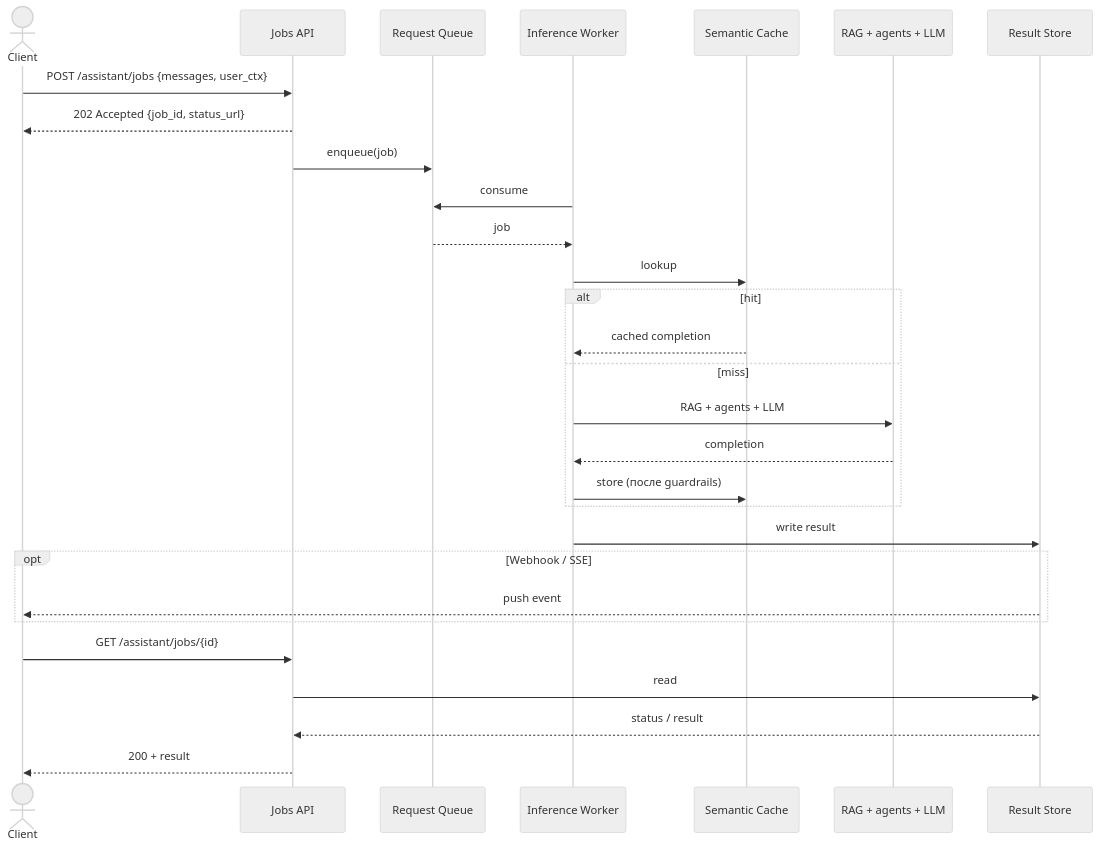
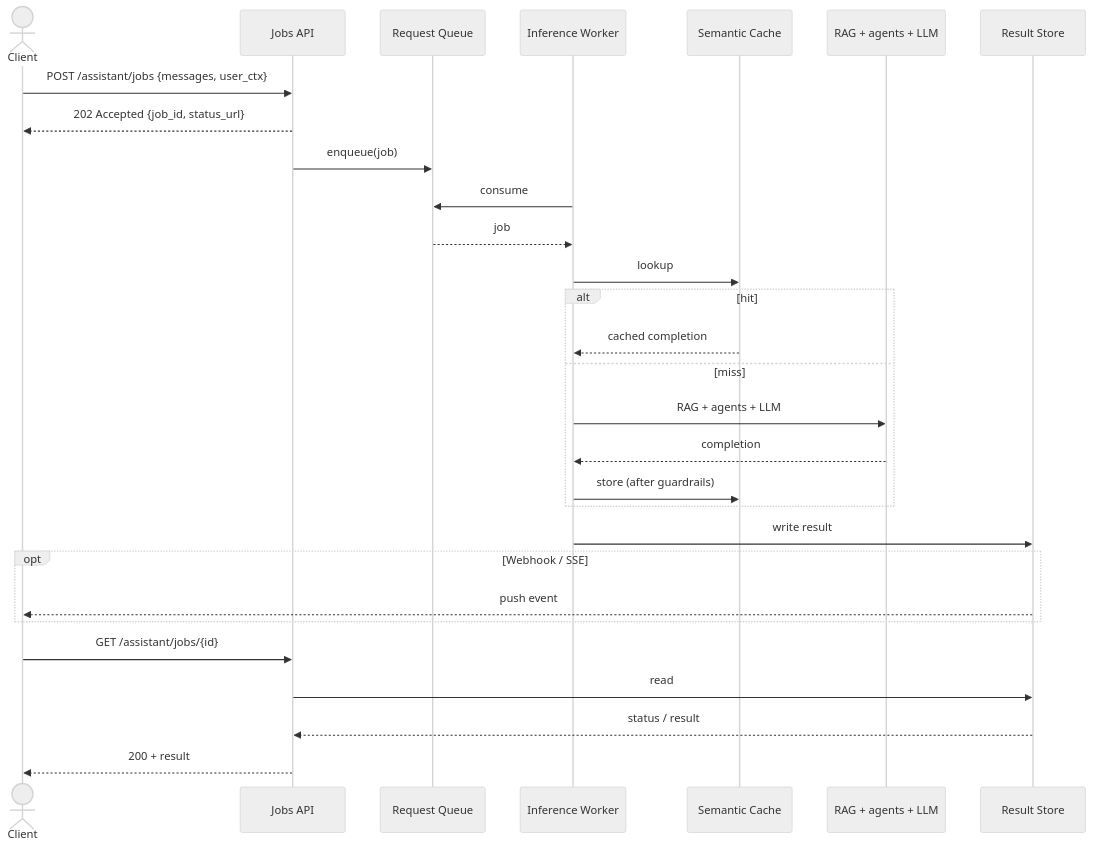
Before and after one commit to YuesIt17/yuit-docs-ai-architect: the third of 7 diagrams in hw-9/docs/high-load-architecture.md, drawn with Mermaid (neutral theme). The commit also changed other lines of this file and 53 other files, not shown here.

First line of the commit message:
docs: translate the remaining Russian text and diagrams to English

````diff
--- a/hw-9/docs/high-load-architecture.md
+++ b/hw-9/docs/high-load-architecture.md
@@ -151,35 +151,35 @@
 ```mermaid
 sequenceDiagram
   actor C as Client
   participant API as Jobs API
   participant Q as Request Queue
   participant W as Inference Worker
   participant SC as Semantic Cache
   participant LLM as RAG + agents + LLM
   participant RS as Result Store
 
   C->>API: POST /assistant/jobs {messages, user_ctx}
   API-->>C: 202 Accepted {job_id, status_url}
   API->>Q: enqueue(job)
 
   W->>Q: consume
   Q-->>W: job
   W->>SC: lookup
 
   alt hit
     SC-->>W: cached completion
   else miss
     W->>LLM: RAG + agents + LLM
     LLM-->>W: completion
-    W->>SC: store (после guardrails)
+    W->>SC: store (after guardrails)
   end
 
   W->>RS: write result
   opt Webhook / SSE
     RS-->>C: push event
   end
   C->>API: GET /assistant/jobs/{id}
   API->>RS: read
   RS-->>API: status / result
   API-->>C: 200 + result
 ```
````
